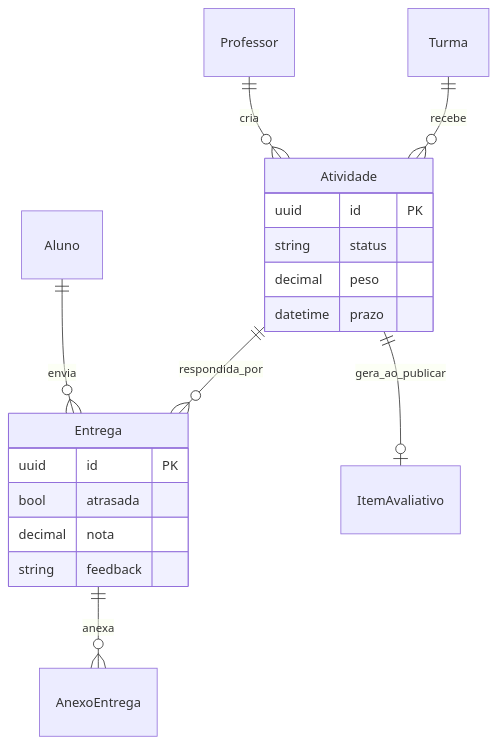
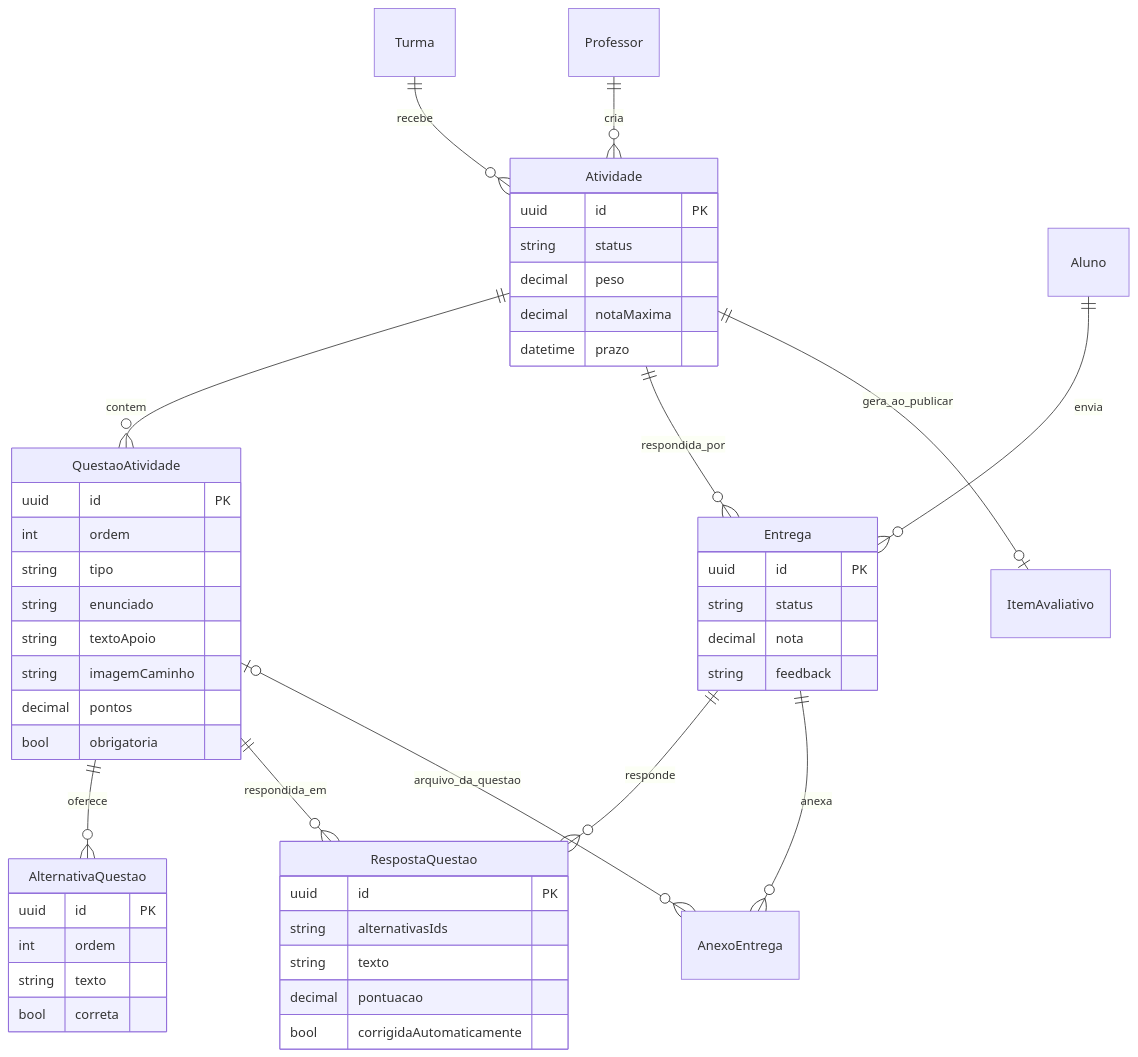
The diagram in docs/diagramas/src/erd-learn.mmd (bebberjoao/RoosterOneBackend), drawn with Mermaid before and after one commit. The commit also changed 30 other files, not shown here.

```diff
--- a/docs/diagramas/src/erd-learn.mmd
+++ b/docs/diagramas/src/erd-learn.mmd
@@ -1,20 +1,49 @@
 erDiagram
   Turma ||--o{ Atividade : recebe
   Professor ||--o{ Atividade : cria
+  Atividade ||--o{ QuestaoAtividade : contem
+  QuestaoAtividade ||--o{ AlternativaQuestao : oferece
   Atividade ||--o{ Entrega : respondida_por
   Aluno ||--o{ Entrega : envia
+  Entrega ||--o{ RespostaQuestao : responde
+  QuestaoAtividade ||--o{ RespostaQuestao : respondida_em
   Entrega ||--o{ AnexoEntrega : anexa
+  QuestaoAtividade |o--o{ AnexoEntrega : arquivo_da_questao
   Atividade ||--o| ItemAvaliativo : gera_ao_publicar
 
   Atividade {
     uuid id PK
     string status
     decimal peso
+    decimal notaMaxima
     datetime prazo
+  }
+  QuestaoAtividade {
+    uuid id PK
+    int ordem
+    string tipo
+    string enunciado
+    string textoApoio
+    string imagemCaminho
+    decimal pontos
+    bool obrigatoria
+  }
+  AlternativaQuestao {
+    uuid id PK
+    int ordem
+    string texto
+    bool correta
   }
   Entrega {
     uuid id PK
-    bool atrasada
+    string status
     decimal nota
     string feedback
   }
+  RespostaQuestao {
+    uuid id PK
+    string alternativasIds
+    string texto
+    decimal pontuacao
+    bool corrigidaAutomaticamente
+  }
```
